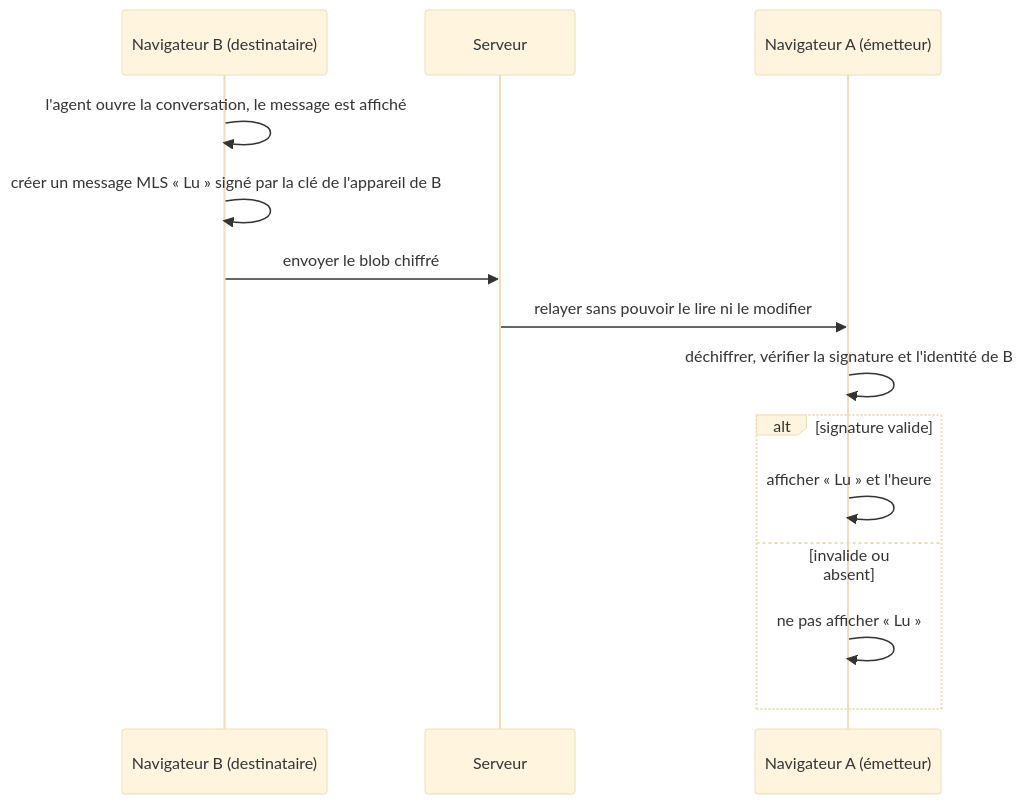
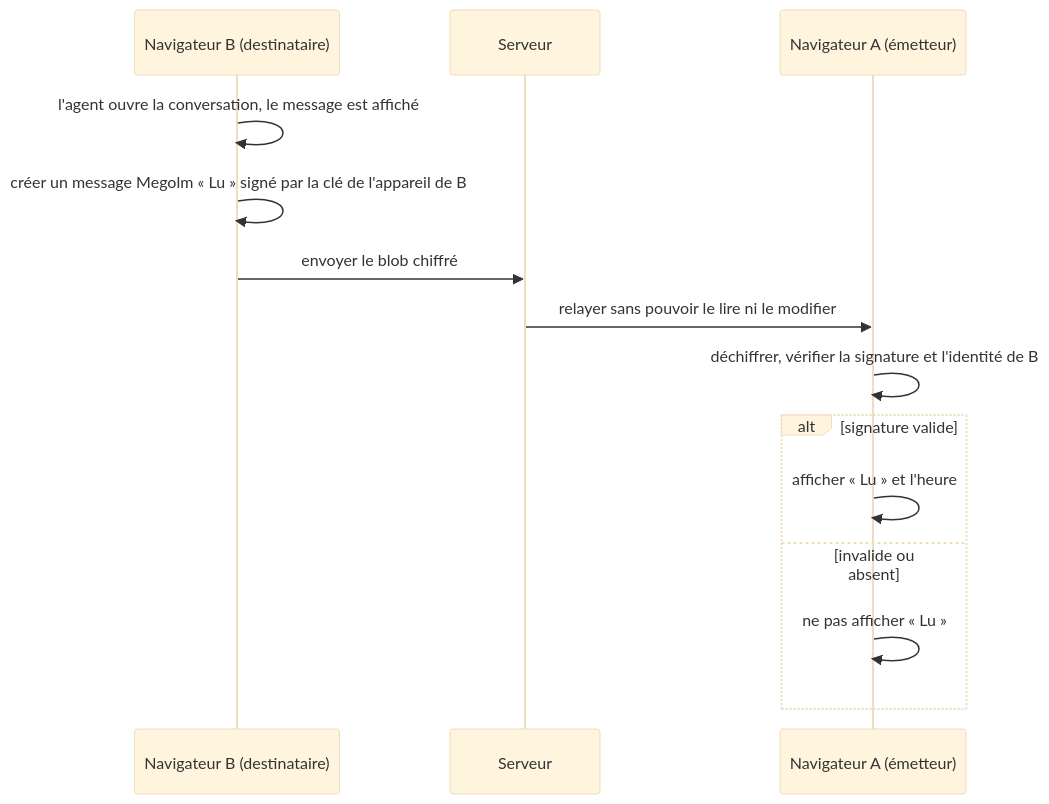
Before and after one commit to YaogoGerard/goama: the fifth of 12 diagrams in docs/05_modeling_uml_c4.md, drawn with Mermaid (base theme). The commit also changed other lines of this file and 83 other files, not shown here.

````diff
--- a/docs/05_modeling_uml_c4.md
+++ b/docs/05_modeling_uml_c4.md
@@ -101,16 +101,16 @@
 ```mermaid
 sequenceDiagram
   participant B as Navigateur B (destinataire)
   participant S as Serveur
   participant A as Navigateur A (émetteur)
   B->>B: l'agent ouvre la conversation, le message est affiché
-  B->>B: créer un message MLS « Lu » signé par la clé de l'appareil de B
+  B->>B: créer un message Megolm « Lu » signé par la clé de l'appareil de B
   B->>S: envoyer le blob chiffré
   S->>A: relayer sans pouvoir le lire ni le modifier
   A->>A: déchiffrer, vérifier la signature et l'identité de B
   alt signature valide
     A->>A: afficher « Lu » et l'heure
   else invalide ou absent
     A->>A: ne pas afficher « Lu »
   end
 ```
````
